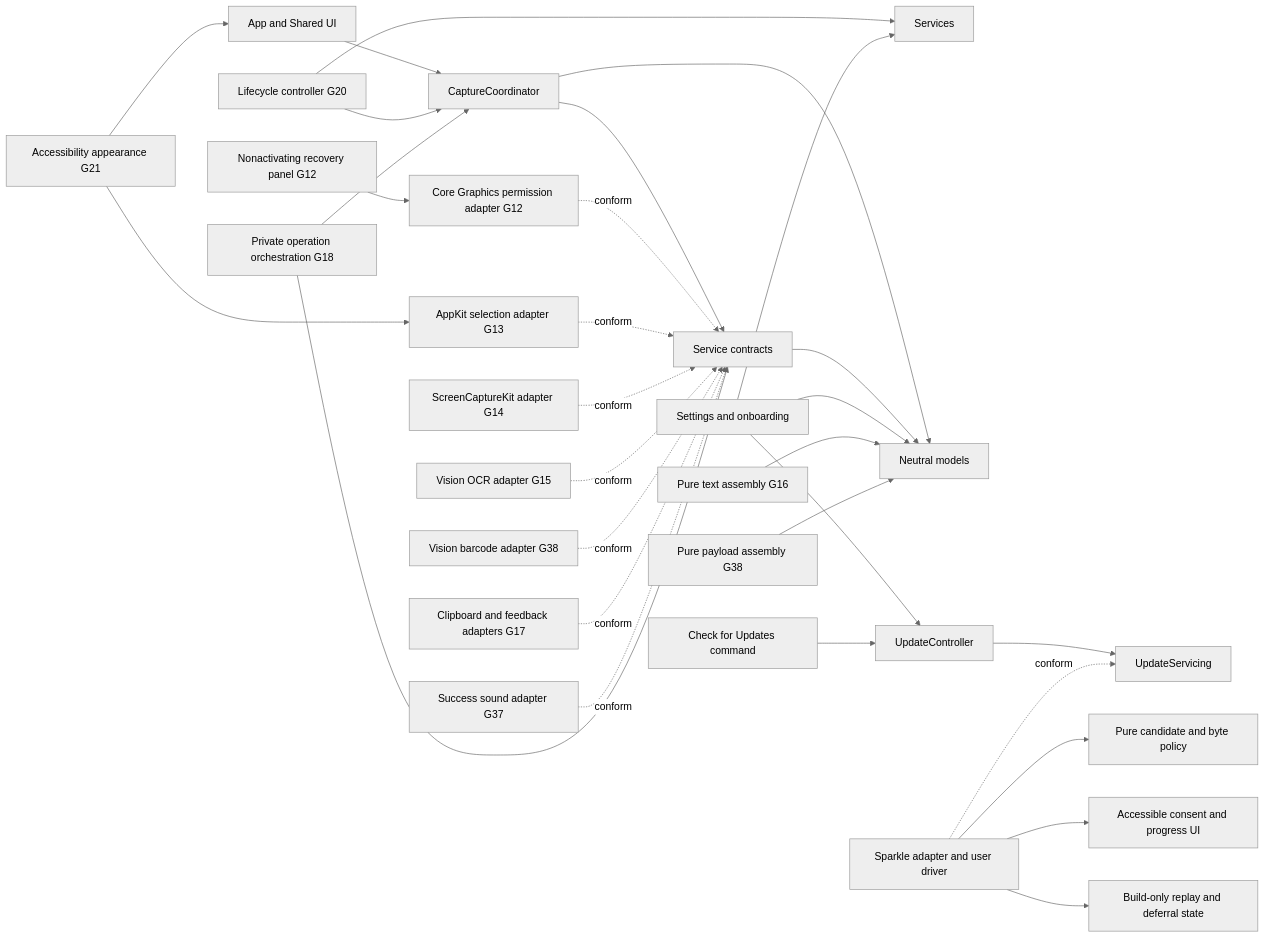
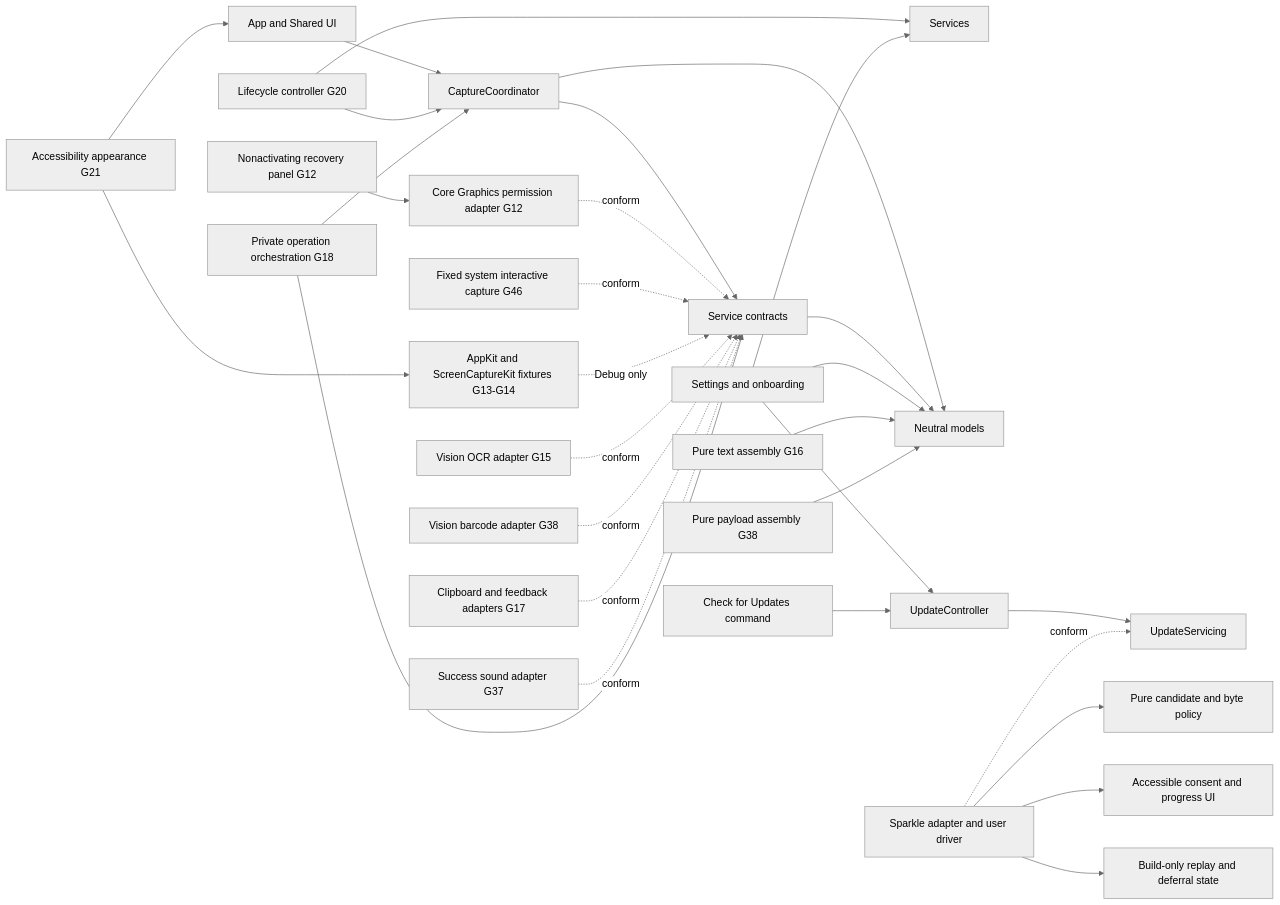
One commit to bennetthilberg/copylasso changed the first of 2 diagrams in docs/architecture/overview.md. Above: the diagram before and after it, drawn with Mermaid (neutral theme). The commit also changed other lines of this file and 22 other files, not shown here.

Commit message:
use native interactive capture

````diff
--- a/docs/architecture/overview.md
+++ b/docs/architecture/overview.md
@@ -7,32 +7,32 @@
 ```mermaid
 flowchart LR
   App["App and Shared UI"] --> Coordinator["CaptureCoordinator"]
   Appearance["Accessibility appearance G21"] --> App
-  Appearance --> Selection
+  Appearance --> DebugCapture
   Lifecycle["Lifecycle controller G20"] --> Coordinator
   Lifecycle --> Services
   Coordinator --> Contracts["Service contracts"]
   Coordinator --> Models["Neutral models"]
   Contracts --> Models
   Settings["Settings and onboarding"] --> Services
   Settings --> Models
   Settings --> Updates["UpdateController"]
   UpdateMenu["Check for Updates command"] --> Updates
   Updates --> UpdateBoundary["UpdateServicing"]
   Sparkle["Sparkle adapter and user driver"] -. conform .-> UpdateBoundary
   Sparkle --> UpdatePolicy["Pure candidate and byte policy"]
   Sparkle --> UpdateUI["Accessible consent and progress UI"]
   Sparkle --> UpdateState["Build-only replay and deferral state"]
   Permission["Core Graphics permission adapter G12"] -. conform .-> Contracts
   Recovery["Nonactivating recovery panel G12"] --> Permission
-  Selection["AppKit selection adapter G13"] -. conform .-> Contracts
-  Capture["ScreenCaptureKit adapter G14"] -. conform .-> Contracts
+  InteractiveCapture["Fixed system interactive capture G46"] -. conform .-> Contracts
+  DebugCapture["AppKit and ScreenCaptureKit fixtures G13-G14"] -. Debug only .-> Contracts
   OCR["Vision OCR adapter G15"] -. conform .-> Contracts
   Format["Pure text assembly G16"] --> Models
   Barcode["Vision barcode adapter G38"] -. conform .-> Contracts
   CodeFormat["Pure payload assembly G38"] --> Models
   Output["Clipboard and feedback adapters G17"] -. conform .-> Contracts
   Sound["Success sound adapter G37"] -. conform .-> Contracts
   Workflow["Private operation orchestration G18"] --> Contracts
   Workflow --> Coordinator
 ```
````
